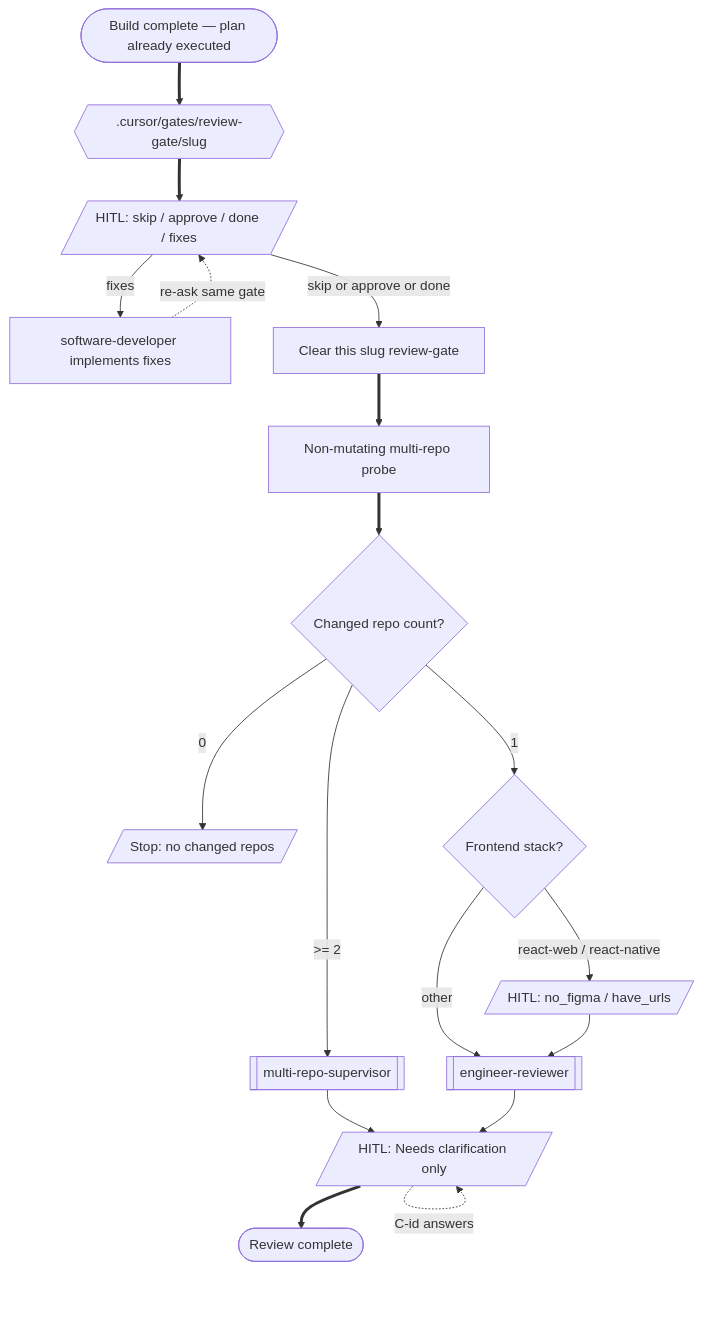
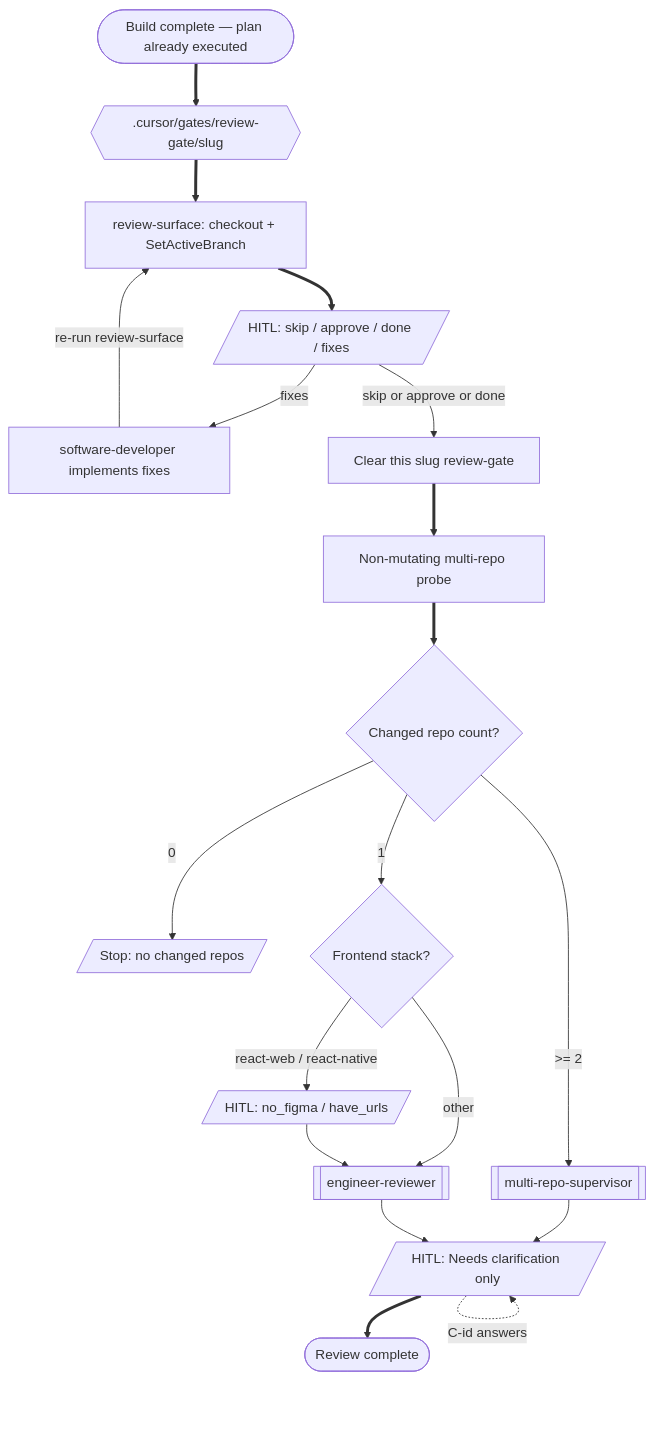
One commit to a-trembak/cursor-spells changed the sixth of 13 diagrams in docs/superpowers/pipeline-flow.md. Above: the diagram before and after it, drawn with Mermaid. The commit also changed other lines of this file and 18 other files, not shown here.

First line of the commit message:
feat(finish-plan): surface local diff before review-gate

````diff
--- a/docs/superpowers/pipeline-flow.md
+++ b/docs/superpowers/pipeline-flow.md
@@ -291,35 +291,37 @@
 ```mermaid
 flowchart TD
   planDone(["Build complete — plan already executed"])
   writeReview{{".cursor/gates/review-gate/slug"}}
+  surface["review-surface: checkout + SetActiveBranch"]
   hitlFinish[/"HITL: skip / approve / done / fixes"/]
   doFixes["software-developer implements fixes"]
   delReview["Clear this slug review-gate"]
   probe["Non-mutating multi-repo probe"]
   repoCount{Changed repo count?}
   stopZero[/"Stop: no changed repos"/]
   multi[["multi-repo-supervisor"]]
   singleFrontend{Frontend stack?}
   figmaHitl[/"HITL: no_figma / have_urls"/]
   single[["engineer-reviewer"]]
   clarify[/"HITL: Needs clarification only"/]
   reviewed(["Review complete"])
 
   planDone ==> writeReview
-  writeReview ==> hitlFinish
+  writeReview ==> surface
+  surface ==> hitlFinish
   hitlFinish -->|"fixes"| doFixes
-  doFixes -.->|"re-ask same gate"| hitlFinish
+  doFixes -->|"re-run review-surface"| surface
   hitlFinish -->|"skip or approve or done"| delReview
   delReview ==> probe
   probe ==> repoCount
   repoCount -->|"0"| stopZero
   repoCount -->|">= 2"| multi
   repoCount -->|"1"| singleFrontend
   singleFrontend -->|"react-web / react-native"| figmaHitl
   singleFrontend -->|"other"| single
   figmaHitl --> single
   multi --> clarify
   single --> clarify
   clarify -.->|"C-id answers"| clarify
   clarify ==> reviewed
 ```
````
